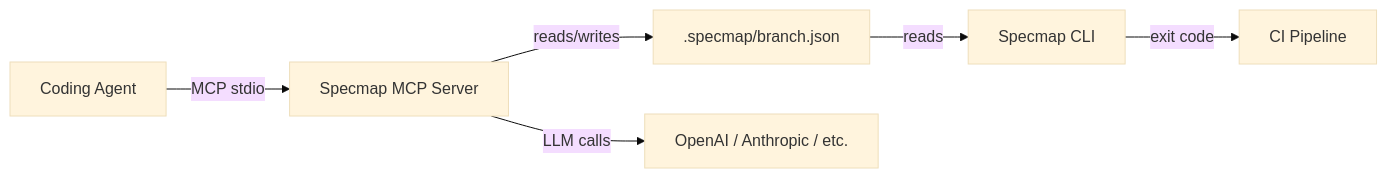
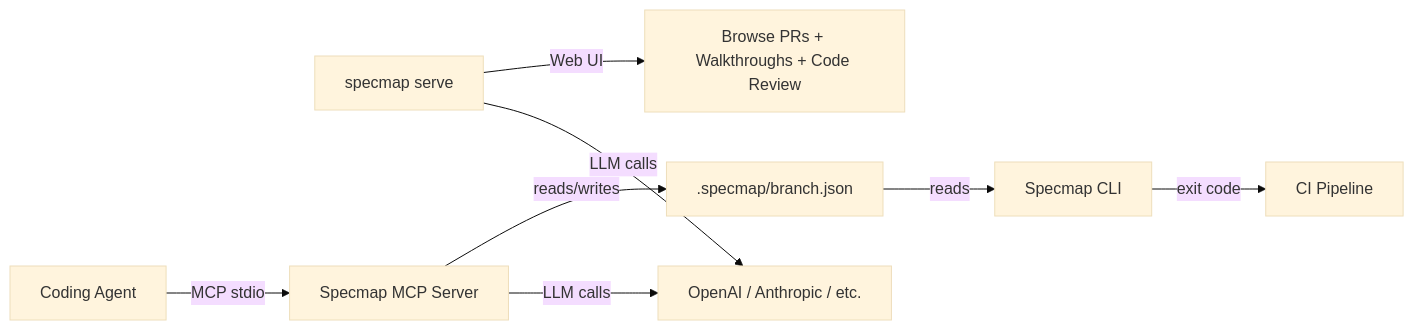
One commit to jdraines/specmap changed the diagram in docs/index.md. Above: the diagram before and after it, drawn with Mermaid (base theme). The commit also changed other lines of this file and 18 other files, not shown here.

````diff
--- a/docs/index.md
+++ b/docs/index.md
@@ -11,8 +11,10 @@
 ```mermaid
 graph LR
-    A[Coding Agent] -->|MCP stdio| B[Specmap MCP Server]
-    B -->|reads/writes| C[.specmap/branch.json]
-    C -->|reads| D[Specmap CLI]
-    D -->|exit code| E[CI Pipeline]
-    B -->|LLM calls| F[OpenAI / Anthropic / etc.]
+    A[specmap serve] -->|Web UI| B[Browse PRs + Walkthroughs + Code Review]
+    C[Coding Agent] -->|MCP stdio| D[Specmap MCP Server]
+    D -->|reads/writes| E[.specmap/branch.json]
+    E -->|reads| F[Specmap CLI]
+    F -->|exit code| G[CI Pipeline]
+    D -->|LLM calls| H[OpenAI / Anthropic / etc.]
+    A -->|LLM calls| H
 ```
````
